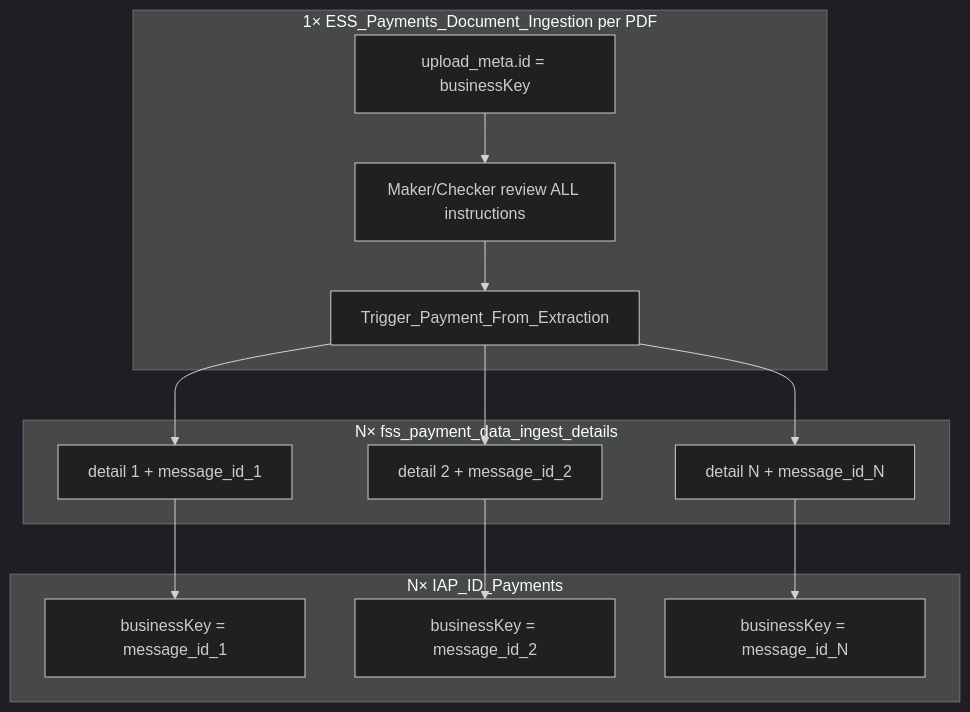
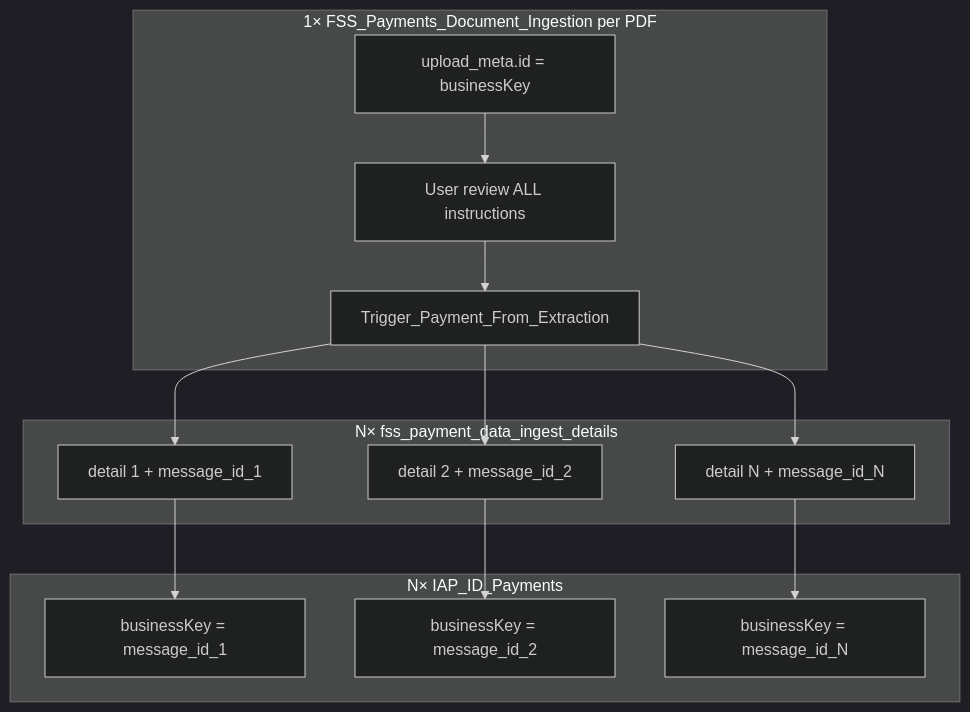
Before and after one commit to suresh0731/payment: the second of 3 diagrams in final/IDP_Document_Ingestion_Design.md, drawn with Mermaid (dark theme). The commit also changed other lines of this file and 6 other files, not shown here.

````diff
--- a/final/IDP_Document_Ingestion_Design.md
+++ b/final/IDP_Document_Ingestion_Design.md
@@ -342,22 +339,22 @@
 ```mermaid
 flowchart TB
-    subgraph ESS["1× ESS_Payments_Document_Ingestion per PDF"]
+    subgraph FSS["1× FSS_Payments_Document_Ingestion per PDF"]
         U[upload_meta.id = businessKey]
-        MK[Maker/Checker review ALL instructions]
+        UR[User review ALL instructions]
         TR[Trigger_Payment_From_Extraction]
     end
     subgraph DET["N× fss_payment_data_ingest_details"]
         D1[detail 1 + message_id_1]
         D2[detail 2 + message_id_2]
         DN[detail N + message_id_N]
     end
     subgraph IAP["N× IAP_ID_Payments"]
         P1[businessKey = message_id_1]
         P2[businessKey = message_id_2]
         PN[businessKey = message_id_N]
     end
-    U --> MK --> TR
+    U --> UR --> TR
     TR --> D1 --> P1
     TR --> D2 --> P2
     TR --> DN --> PN
 ```
````
